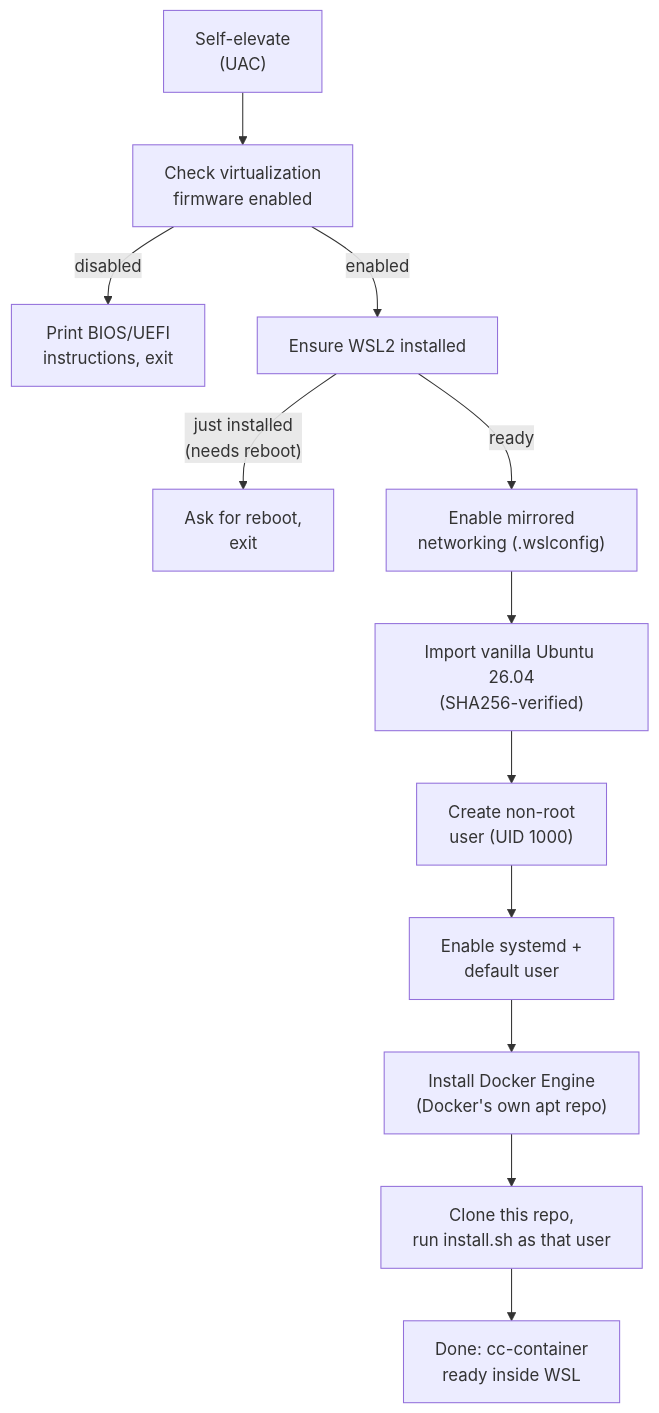
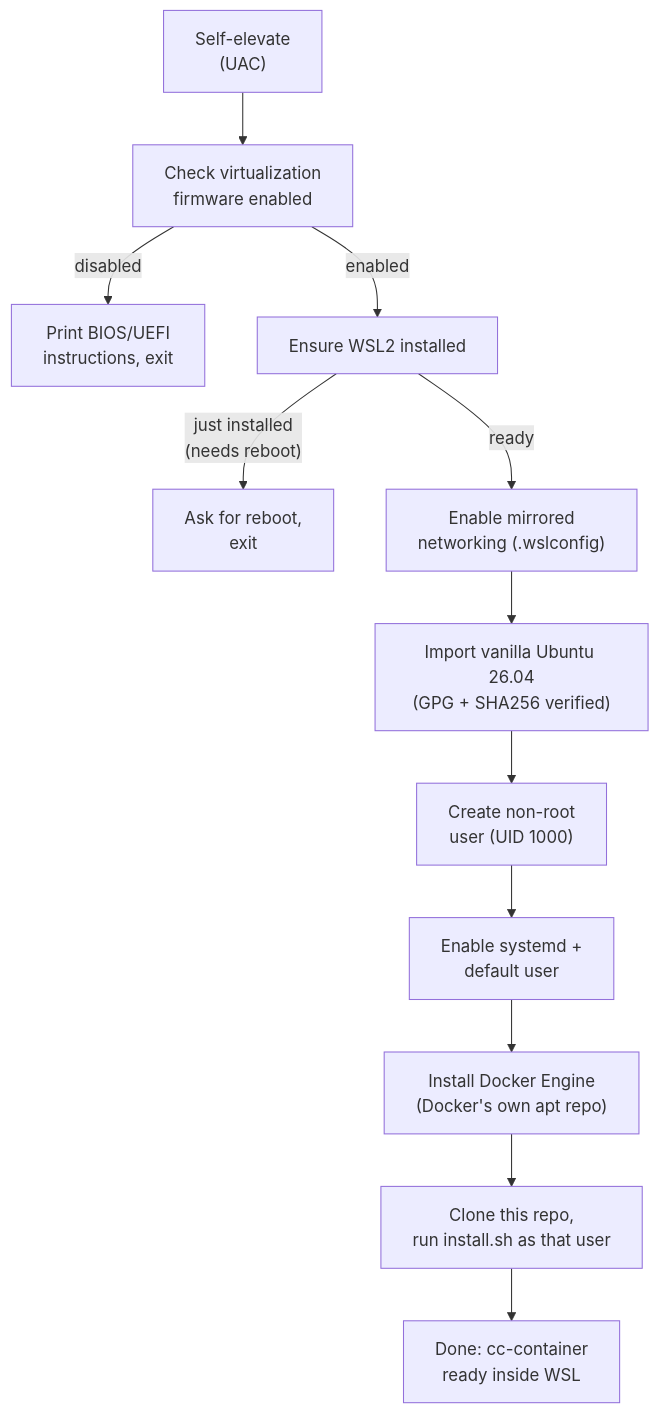
The diagram in docs/windows-onboarding.md (rixxxxx/claudecode-docker), drawn with Mermaid before and after one commit. The commit also changed other lines of this file and 11 other files, not shown here.

Commit message:
verified the Windows installer's Ubuntu WSL image via Canonical's GPG-signed SHA256SUMS (stdlib-only OpenPGP check with a pinned CD Image key, offline wsl-image/ folder support, real 26.04 test vectors) instead of trusting an unsigned hash

````diff
--- a/docs/windows-onboarding.md
+++ b/docs/windows-onboarding.md
@@ -40,14 +40,14 @@
 ```mermaid
 flowchart TD
     A["Self-elevate<br/>(UAC)"] --> B["Check virtualization<br/>firmware enabled"]
     B -->|disabled| B1["Print BIOS/UEFI<br/>instructions, exit"]
     B -->|enabled| C["Ensure WSL2 installed"]
     C -->|"just installed<br/>(needs reboot)"| C1["Ask for reboot,<br/>exit"]
     C -->|ready| D["Enable mirrored<br/>networking (.wslconfig)"]
-    D --> E["Import vanilla Ubuntu 26.04<br/>(SHA256-verified)"]
+    D --> E["Import vanilla Ubuntu 26.04<br/>(GPG + SHA256 verified)"]
     E --> E2["Create non-root<br/>user (UID 1000)"]
     E2 --> F["Enable systemd +<br/>default user"]
     F --> G["Install Docker Engine<br/>(Docker's own apt repo)"]
     G --> H["Clone this repo,<br/>run install.sh as that user"]
     H --> I["Done: cc-container<br/>ready inside WSL"]
 ```
````
